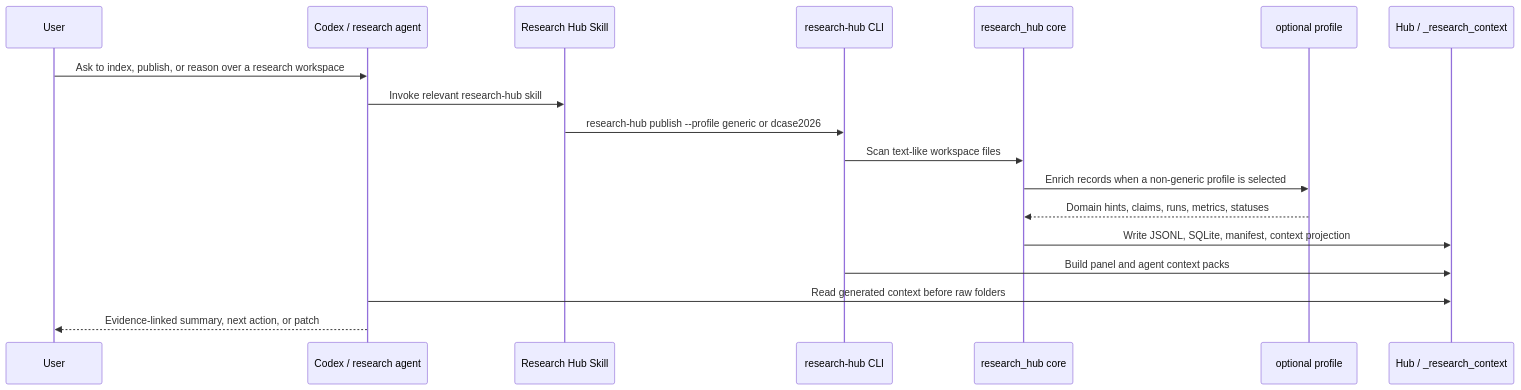
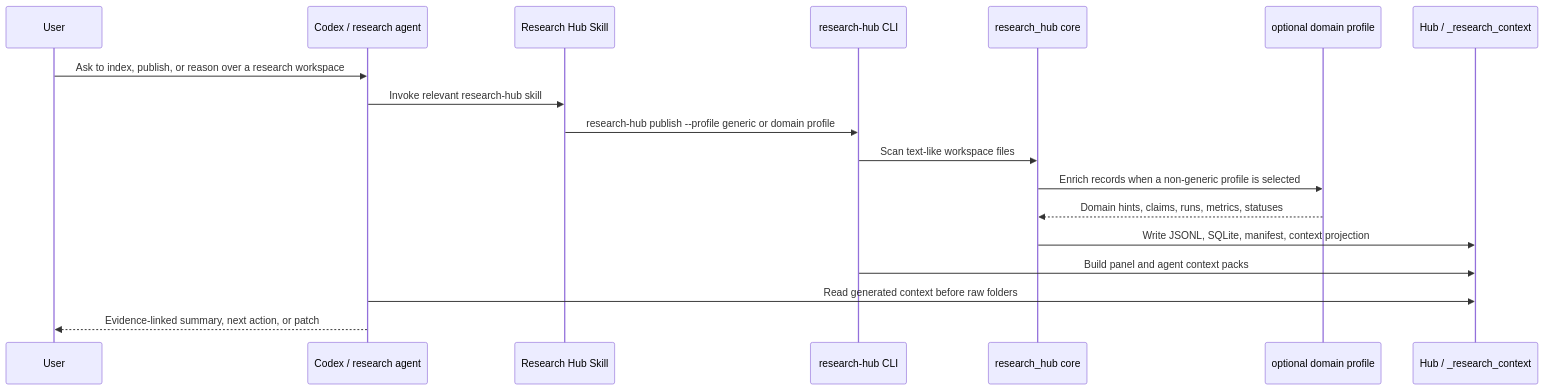
The second of 3 diagrams in docs/skill-map.md (UTurtle/research-hub-skills), drawn with Mermaid before and after one commit. The commit also changed other lines of this file and 1 other file, not shown here.

Commit message:
Generalize profile architecture docs

````diff
--- a/docs/skill-map.md
+++ b/docs/skill-map.md
@@ -63,21 +64,21 @@
 ```mermaid
 sequenceDiagram
     participant User
     participant Agent as Codex / research agent
     participant Skill as Research Hub Skill
     participant CLI as research-hub CLI
     participant Core as research_hub core
-    participant Profile as optional profile
+    participant Profile as optional domain profile
     participant Hub as Hub / _research_context
 
     User->>Agent: Ask to index, publish, or reason over a research workspace
     Agent->>Skill: Invoke relevant research-hub skill
-    Skill->>CLI: research-hub publish --profile generic or dcase2026
+    Skill->>CLI: research-hub publish --profile generic or domain profile
     CLI->>Core: Scan text-like workspace files
     Core->>Profile: Enrich records when a non-generic profile is selected
     Profile-->>Core: Domain hints, claims, runs, metrics, statuses
     Core->>Hub: Write JSONL, SQLite, manifest, context projection
     CLI->>Hub: Build panel and agent context packs
     Agent->>Hub: Read generated context before raw folders
     Agent-->>User: Evidence-linked summary, next action, or patch
 ```
````
